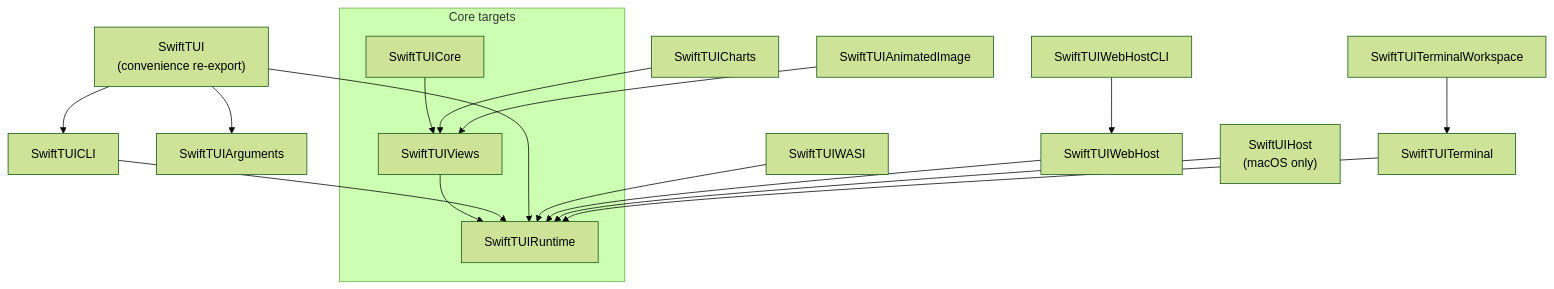
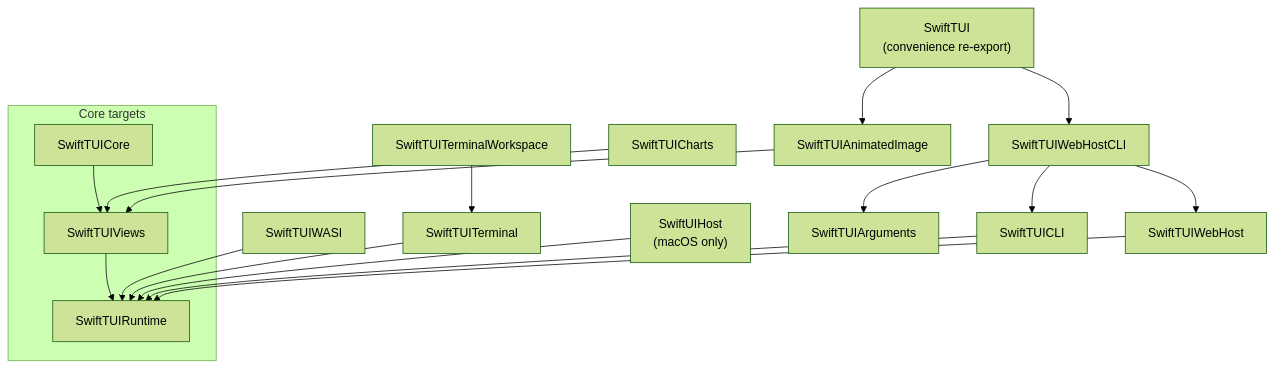
One commit to SwiftTUI/swift-tui changed the second of 2 diagrams in docs/ARCHITECTURE.md. Above: the diagram before and after it, drawn with Mermaid (forest theme). The commit also changed other lines of this file and 28 other files, not shown here.

Commit message:
Update SwiftTUI convenience bundle defaults

````diff
--- a/docs/ARCHITECTURE.md
+++ b/docs/ARCHITECTURE.md
@@ -36,26 +36,27 @@
 ```mermaid
 flowchart TD
     subgraph engine["Core targets"]
         SwiftTUICore
         SwiftTUIViews
         SwiftTUIRuntime
     end
     SwiftTUICore --> SwiftTUIViews
     SwiftTUIViews --> SwiftTUIRuntime
 
     SwiftTUIArguments
     SwiftTUICLI --> SwiftTUIRuntime
     SwiftTUI["SwiftTUI<br/>(convenience re-export)"]
-    SwiftTUI --> SwiftTUIRuntime
-    SwiftTUI --> SwiftTUICLI
-    SwiftTUI --> SwiftTUIArguments
+    SwiftTUI --> SwiftTUIWebHostCLI
+    SwiftTUI --> SwiftTUIAnimatedImage
 
     SwiftTUIWASI --> SwiftTUIRuntime
     SwiftTUIWebHost --> SwiftTUIRuntime
     SwiftTUIWebHostCLI --> SwiftTUIWebHost
+    SwiftTUIWebHostCLI --> SwiftTUICLI
+    SwiftTUIWebHostCLI --> SwiftTUIArguments
     SwiftUIHost["SwiftUIHost<br/>(macOS only)"] --> SwiftTUIRuntime
     SwiftTUITerminal --> SwiftTUIRuntime
     SwiftTUITerminalWorkspace --> SwiftTUITerminal
     SwiftTUICharts --> SwiftTUIViews
     SwiftTUIAnimatedImage --> SwiftTUIViews
 ```
````
